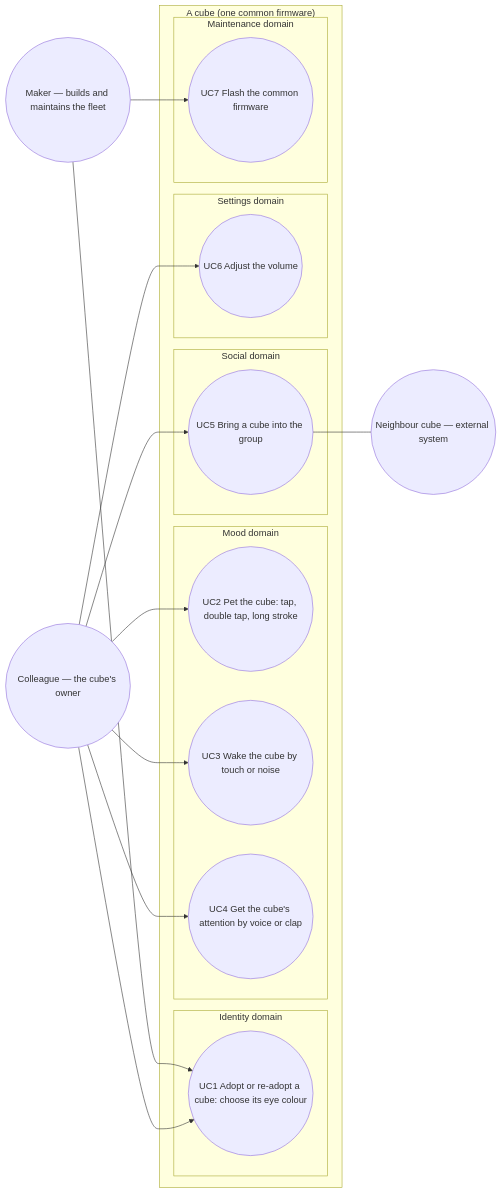
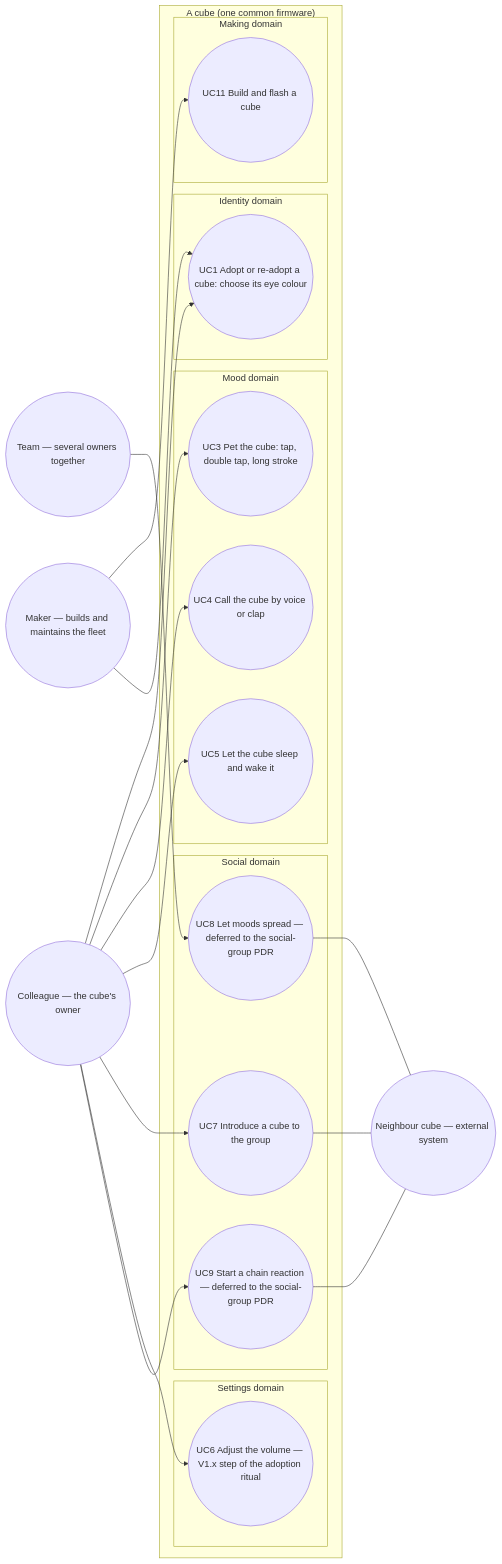
Before and after one commit to benoit-bremaud/cubbies: the diagram in docs/architecture/diagrams/cube-core/01-use-case.md, drawn with Mermaid. The commit also changed other lines of this file and 19 other files, not shown here.

First line of the commit message:
docs(architecture): pass the cube-core PDR (ADR-0013) (#8)

````diff
--- a/docs/architecture/diagrams/cube-core/01-use-case.md
+++ b/docs/architecture/diagrams/cube-core/01-use-case.md
@@ -20,36 +22,43 @@
 ```mermaid
 flowchart LR
   Colleague(("Colleague — the cube's owner"))
+  Team(("Team — several owners together"))
   Maker(("Maker — builds and maintains the fleet"))
   Neighbour(("Neighbour cube — external system"))
 
   subgraph SYSTEM ["A cube (one common firmware)"]
     subgraph Identity ["Identity domain"]
       UC1(("UC1 Adopt or re-adopt a cube: choose its eye colour"))
     end
     subgraph Mood ["Mood domain"]
-      UC2(("UC2 Pet the cube: tap, double tap, long stroke"))
-      UC3(("UC3 Wake the cube by touch or noise"))
-      UC4(("UC4 Get the cube's attention by voice or clap"))
+      UC3(("UC3 Pet the cube: tap, double tap, long stroke"))
+      UC4(("UC4 Call the cube by voice or clap"))
+      UC5(("UC5 Let the cube sleep and wake it"))
     end
     subgraph Social ["Social domain"]
-      UC5(("UC5 Bring a cube into the group"))
+      UC7(("UC7 Introduce a cube to the group"))
+      UC8(("UC8 Let moods spread — deferred to the social-group PDR"))
+      UC9(("UC9 Start a chain reaction — deferred to the social-group PDR"))
     end
     subgraph Settings ["Settings domain"]
-      UC6(("UC6 Adjust the volume"))
+      UC6(("UC6 Adjust the volume — V1.x step of the adoption ritual"))
     end
-    subgraph Maintenance ["Maintenance domain"]
-      UC7(("UC7 Flash the common firmware"))
+    subgraph Making ["Making domain"]
+      UC11(("UC11 Build and flash a cube"))
     end
   end
 
   Colleague --> UC1
-  Colleague --> UC2
   Colleague --> UC3
   Colleague --> UC4
   Colleague --> UC5
+  Colleague --> UC7
   Colleague --> UC6
-  Maker --> UC7
+  Team --> UC8
+  Colleague --> UC9
+  Maker --> UC11
   Maker --> UC1
-  UC5 --- Neighbour
+  UC7 --- Neighbour
+  UC8 --- Neighbour
+  UC9 --- Neighbour
 ```
````
